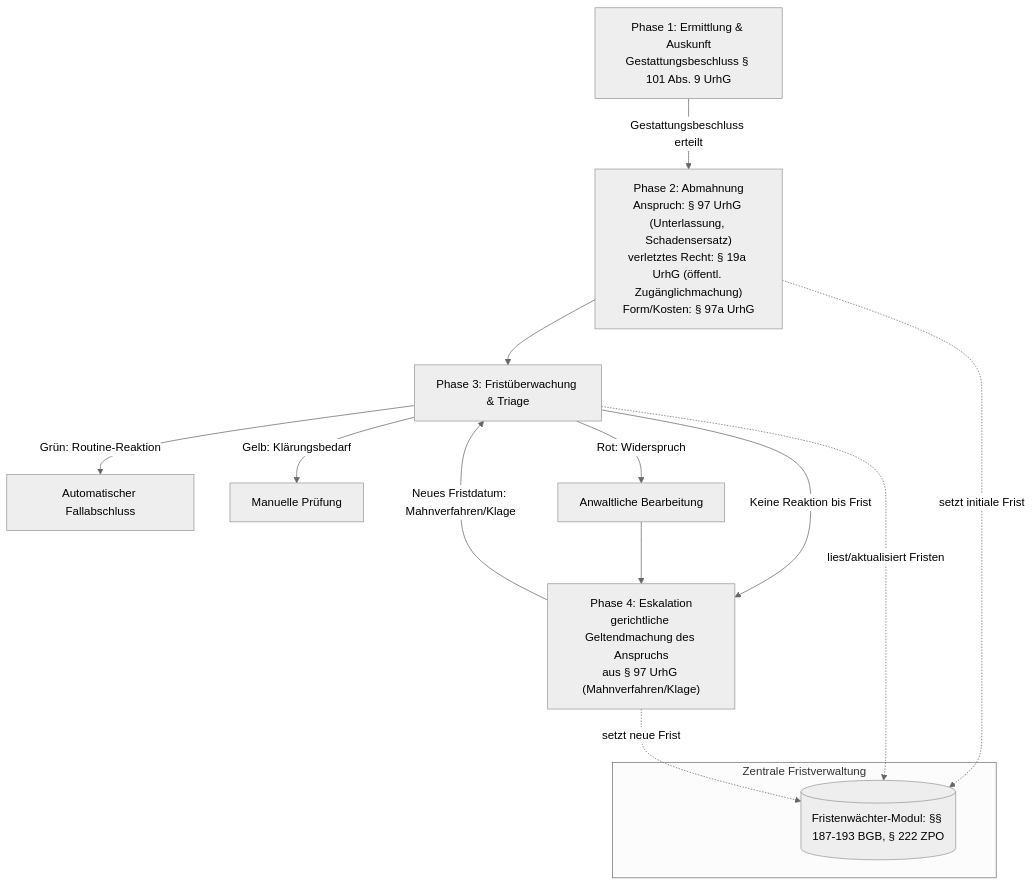
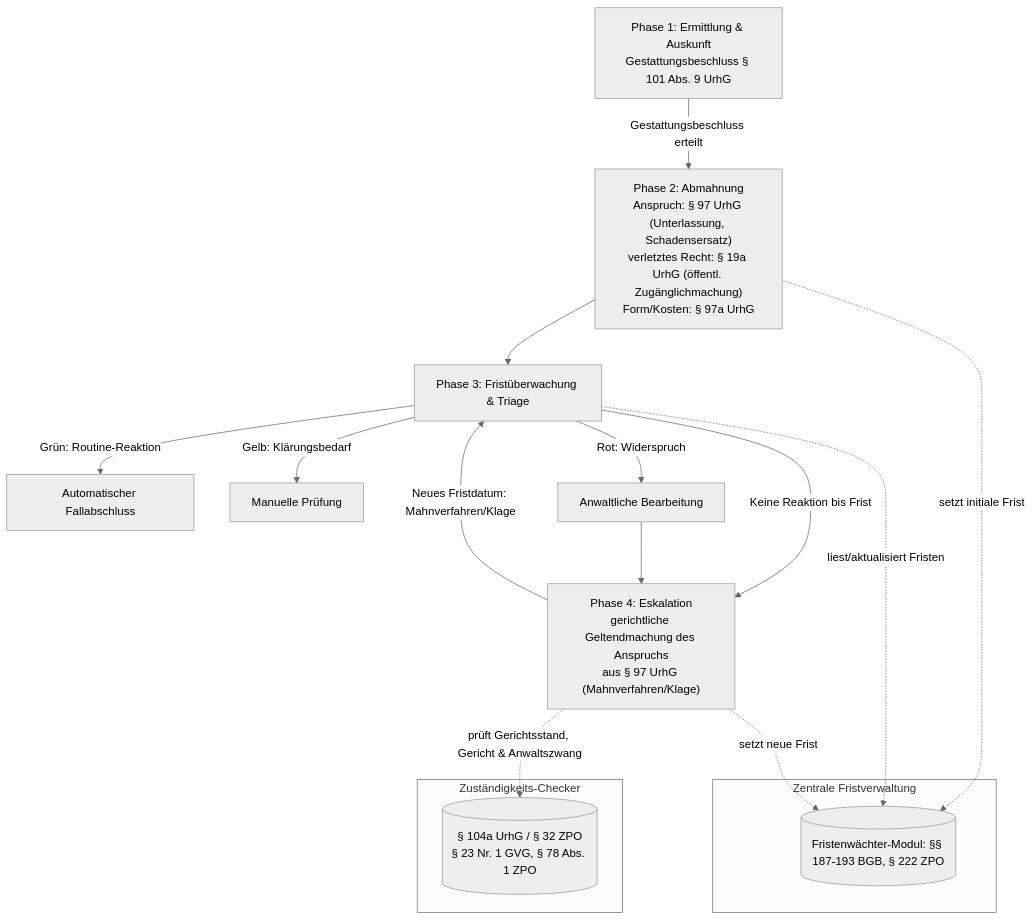
One commit to dammnicolas-dotcom/massenverfahren-automation changed the diagram in docs/architecture.md. Above: the diagram before and after it, drawn with Mermaid (neutral theme). The commit also changed other lines of this file, not shown here.

Commit message:
Architektur-Doku: Zuständigkeits-Checker in Flowchart, Normen-Tabelle und eigenem Abschnitt ergänzen

````diff
--- a/docs/architecture.md
+++ b/docs/architecture.md
@@ -17,18 +17,23 @@
 ```mermaid
 flowchart TD
     A["Phase 1: Ermittlung & Auskunft<br/>Gestattungsbeschluss § 101 Abs. 9 UrhG"] -->|Gestattungsbeschluss erteilt| B["Phase 2: Abmahnung<br/>Anspruch: § 97 UrhG (Unterlassung, Schadensersatz)<br/>verletztes Recht: § 19a UrhG (öffentl. Zugänglichmachung)<br/>Form/Kosten: § 97a UrhG"]
     B --> C[Phase 3: Fristüberwachung & Triage]
     C -->|Grün: Routine-Reaktion| E1[Automatischer Fallabschluss]
     C -->|Gelb: Klärungsbedarf| E2[Manuelle Prüfung]
     C -->|Rot: Widerspruch| E3[Anwaltliche Bearbeitung]
     C -->|Keine Reaktion bis Frist| D["Phase 4: Eskalation<br/>gerichtliche Geltendmachung des Anspruchs<br/>aus § 97 UrhG (Mahnverfahren/Klage)"]
     E3 --> D
     D -->|Neues Fristdatum: Mahnverfahren/Klage| C
 
     subgraph Zentrale Fristverwaltung
         F[(Fristenwächter-Modul: §§ 187-193 BGB, § 222 ZPO)]
     end
     B -. setzt initiale Frist .-> F
     C -. liest/aktualisiert Fristen .-> F
     D -. setzt neue Frist .-> F
+
+    subgraph Zuständigkeits-Checker
+        G[(§ 104a UrhG / § 32 ZPO<br/>§ 23 Nr. 1 GVG, § 78 Abs. 1 ZPO)]
+    end
+    D -. prüft Gerichtsstand, Gericht & Anwaltszwang .-> G
 ```
````
